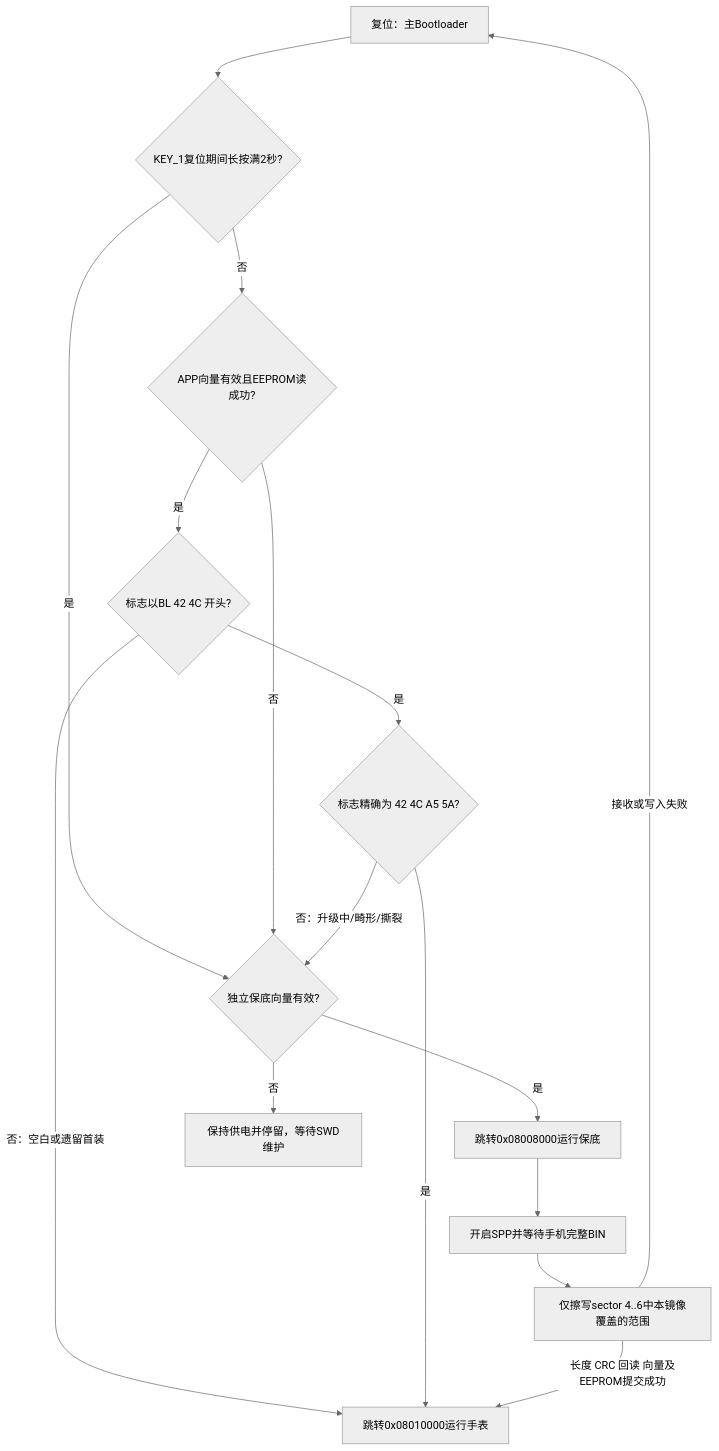
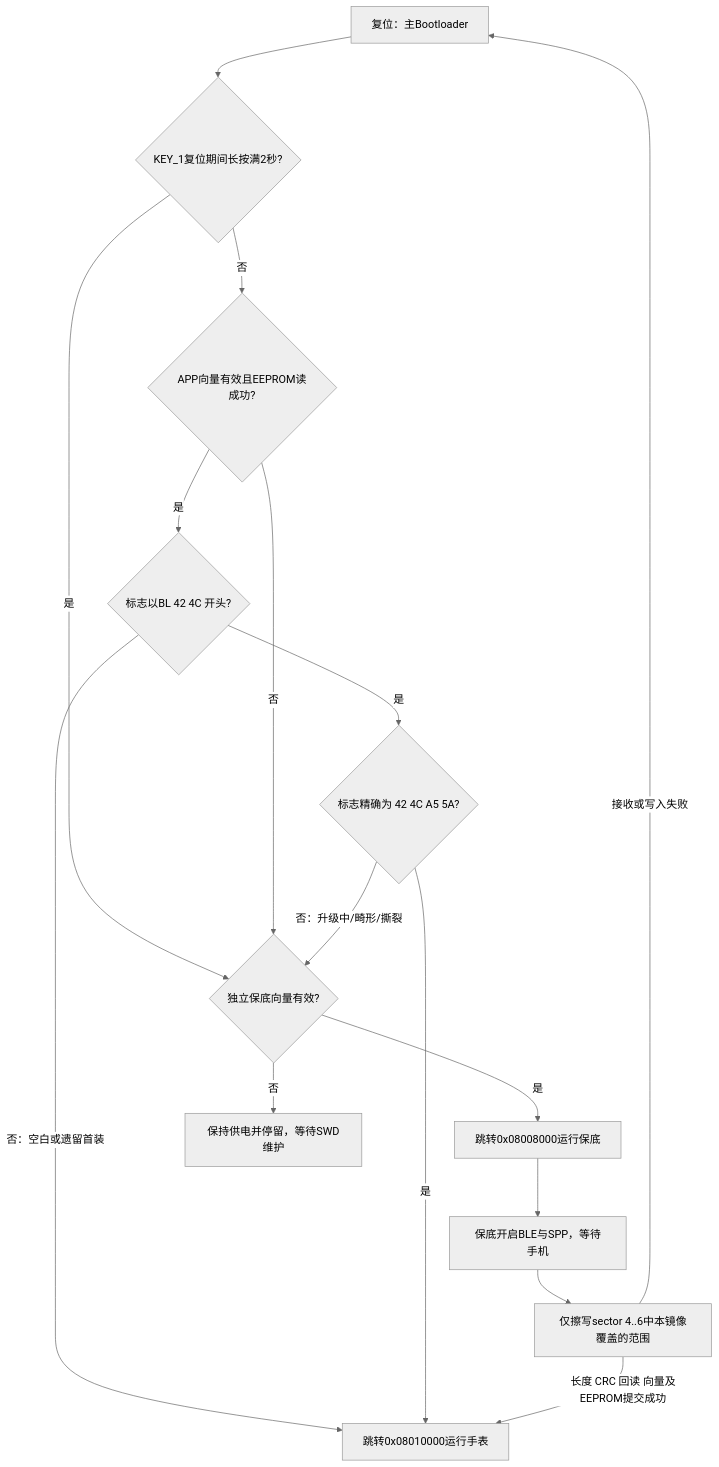
The diagram in docs/bootloader.md (Mangta517/watch), drawn with Mermaid (neutral theme) before and after one commit. The commit also changed other lines of this file and 135 other files, not shown here.

````diff
--- a/docs/bootloader.md
+++ b/docs/bootloader.md
@@ -21,18 +27,18 @@
 ```mermaid
 flowchart TD
     A[复位：主Bootloader] --> B{KEY_1复位期间长按满2秒?}
     B -->|是| P{独立保底向量有效?}
     B -->|否| C{APP向量有效且EEPROM读成功?}
     C -->|否| P
     C -->|是| D{标志以BL 42 4C 开头?}
     D -->|是| Q{标志精确为 42 4C A5 5A?}
     D -->|否：空白或遗留首装| R[跳转0x08010000运行手表]
     Q -->|是| R
     Q -->|否：升级中/畸形/撕裂| P
     P -->|是| E[跳转0x08008000运行保底]
     P -->|否| F[保持供电并停留，等待SWD维护]
-    E --> K[开启SPP并等待手机完整BIN]
+    E --> K[保底开启BLE与SPP，等待手机]
     K --> H[仅擦写sector 4..6中本镜像覆盖的范围]
     H -->|长度 CRC 回读 向量及EEPROM提交成功| R
     H -->|接收或写入失败| A
 ```
````
